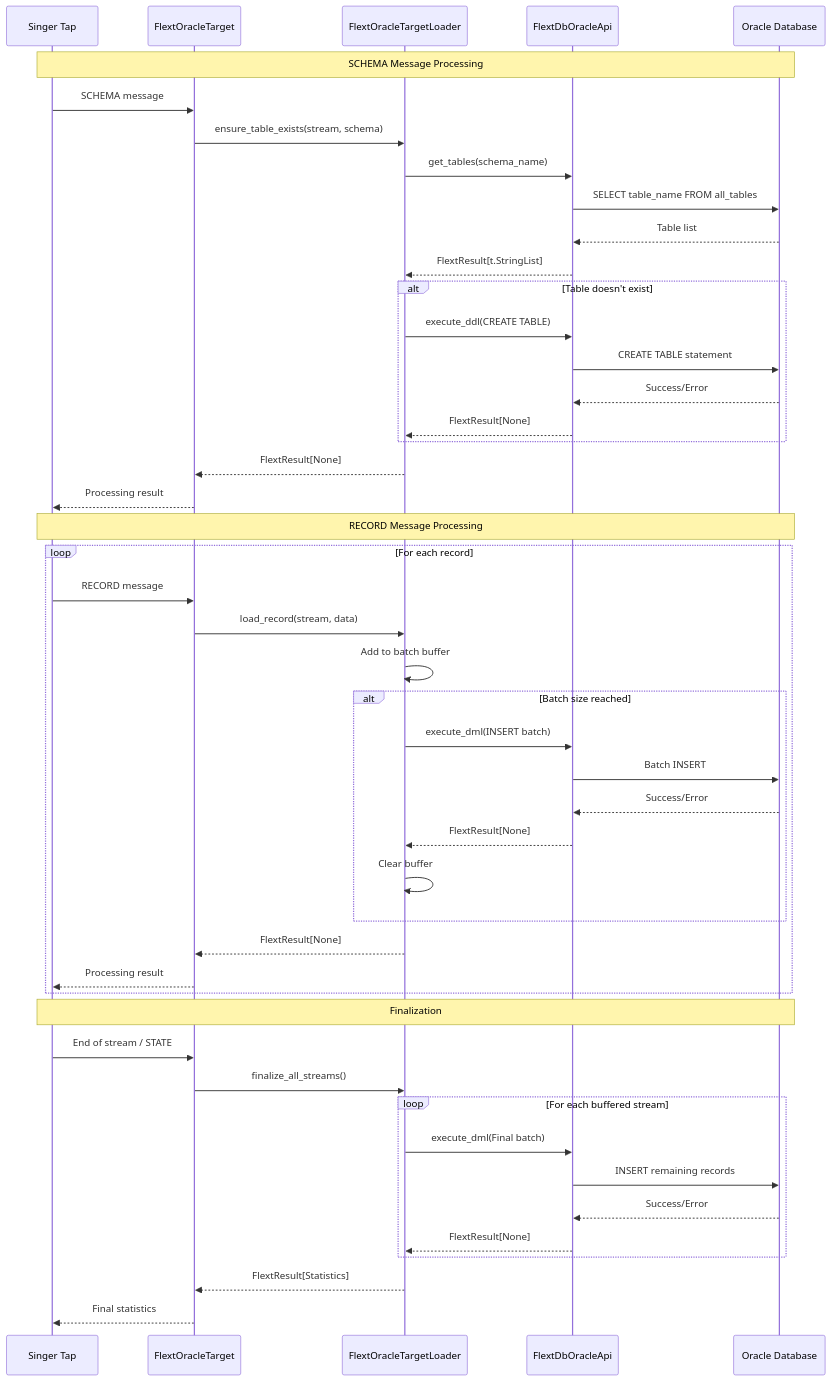
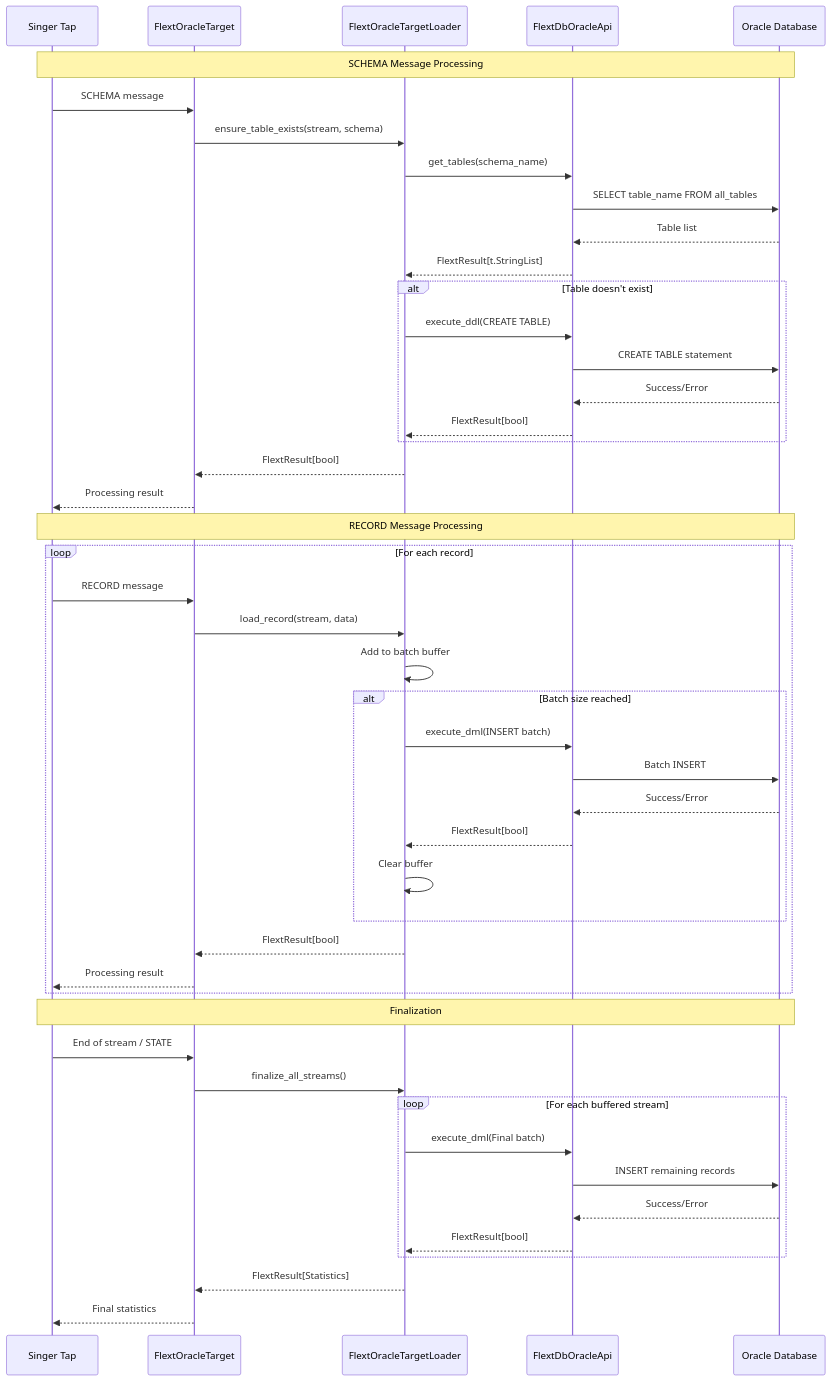
One commit to flext-sh/flext-target-oracle changed the first of 3 diagrams in docs/architecture.md. Above: the diagram before and after it, drawn with Mermaid. The commit also changed other lines of this file and 10 other files, not shown here.

````diff
--- a/docs/architecture.md
+++ b/docs/architecture.md
@@ -185,58 +185,58 @@
 ```mermaid
 sequenceDiagram
     participant ST as Singer Tap
     participant FT as FlextOracleTarget
     participant FL as FlextOracleTargetLoader
     participant API as FlextDbOracleApi
     participant DB as Oracle Database
 
     Note over ST,DB: SCHEMA Message Processing
     ST->>FT: SCHEMA message
     FT->>FL: ensure_table_exists(stream, schema)
     FL->>API: get_tables(schema_name)
     API->>DB: SELECT table_name FROM all_tables
     DB-->>API: Table list
     API-->>FL: FlextResult[t.StringList]
 
     alt Table doesn't exist
         FL->>API: execute_ddl(CREATE TABLE)
         API->>DB: CREATE TABLE statement
         DB-->>API: Success/Error
-        API-->>FL: FlextResult[None]
+        API-->>FL: FlextResult[bool]
     end
 
-    FL-->>FT: FlextResult[None]
+    FL-->>FT: FlextResult[bool]
     FT-->>ST: Processing result
 
     Note over ST,DB: RECORD Message Processing
     loop For each record
         ST->>FT: RECORD message
         FT->>FL: load_record(stream, data)
         FL->>FL: Add to batch buffer
 
         alt Batch size reached
             FL->>API: execute_dml(INSERT batch)
             API->>DB: Batch INSERT
             DB-->>API: Success/Error
-            API-->>FL: FlextResult[None]
+            API-->>FL: FlextResult[bool]
             FL->>FL: Clear buffer
         end
 
-        FL-->>FT: FlextResult[None]
+        FL-->>FT: FlextResult[bool]
         FT-->>ST: Processing result
     end
 
     Note over ST,DB: Finalization
     ST->>FT: End of stream / STATE
     FT->>FL: finalize_all_streams()
 
     loop For each buffered stream
         FL->>API: execute_dml(Final batch)
         API->>DB: INSERT remaining records
         DB-->>API: Success/Error
-        API-->>FL: FlextResult[None]
+        API-->>FL: FlextResult[bool]
     end
 
     FL-->>FT: FlextResult[Statistics]
     FT-->>ST: Final statistics
 ```
````
